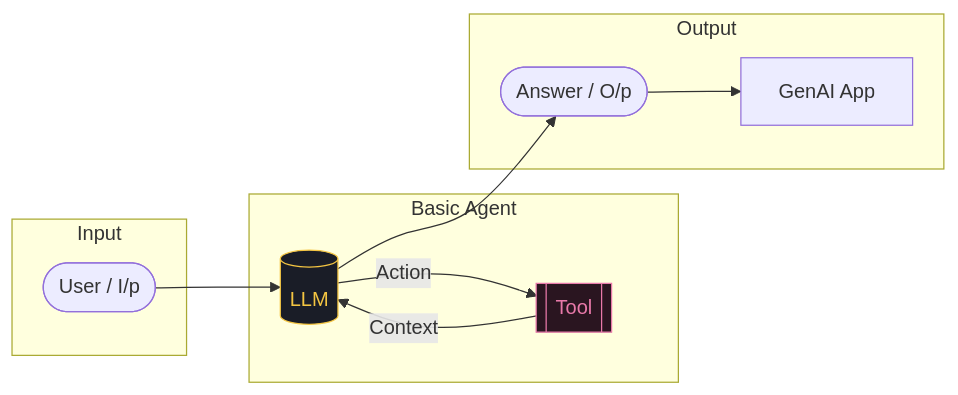
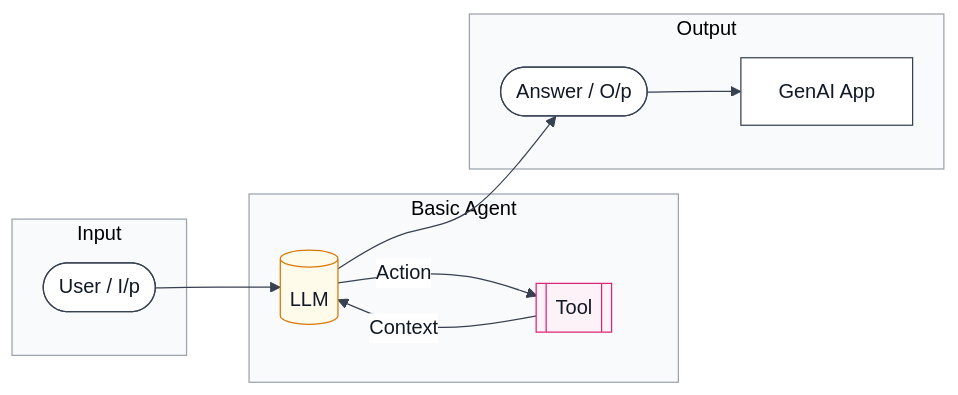
The first of 10 diagrams in updatedlangchain/reference/README.md (rahusri2/Agentic_AI), drawn with Mermaid before and after one commit. The commit also changed other lines of this file and 1 other file, not shown here.

````diff
--- a/updatedlangchain/reference/README.md
+++ b/updatedlangchain/reference/README.md
@@ -20,24 +25,25 @@
 ```mermaid
+%%{init: {"theme":"base","themeVariables":{"primaryColor":"#ffffff","primaryTextColor":"#111827","primaryBorderColor":"#374151","lineColor":"#374151","mainBkg":"#ffffff","nodeTextColor":"#111827","clusterBkg":"#f9fafb","clusterBorder":"#9ca3af"}}}%%
 flowchart LR
   subgraph Input
     U([User / I/p])
   end
 
   subgraph Agent["Basic Agent"]
     LLM[(LLM)]
     T[[Tool]]
     U --> LLM
     LLM -->|Action| T
     T -->|Context| LLM
   end
 
   subgraph Output
     APP[GenAI App]
     O([Answer / O/p])
   end
 
   LLM --> O --> APP
 
-  style LLM fill:#1a1d27,stroke:#f4c542,color:#f4c542
-  style T fill:#2a1520,stroke:#e879a9,color:#e879a9
+  style LLM fill:#fffbeb,stroke:#d97706,color:#111827
+  style T fill:#fdf2f8,stroke:#db2777,color:#111827
 ```
````
